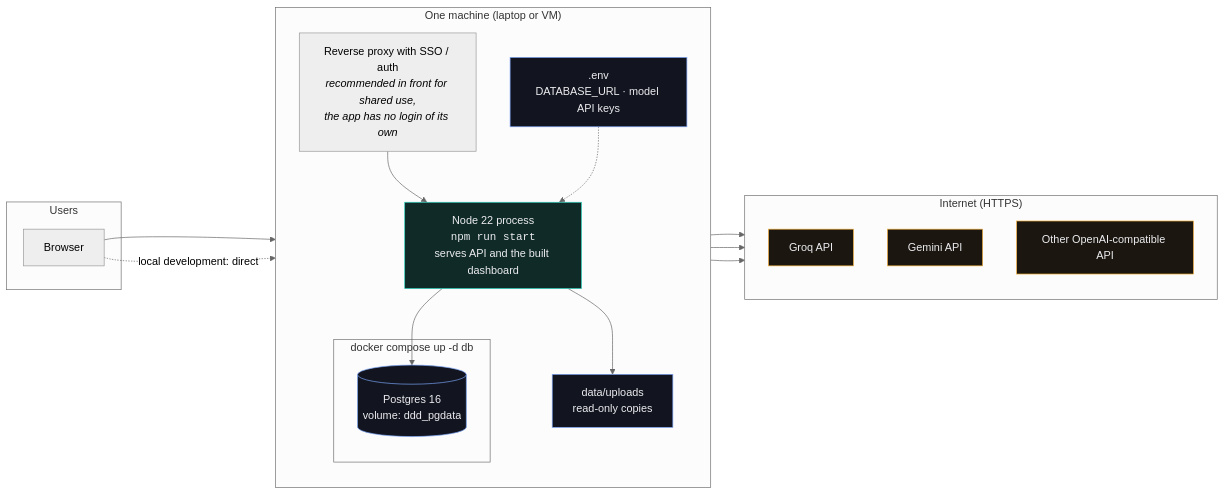
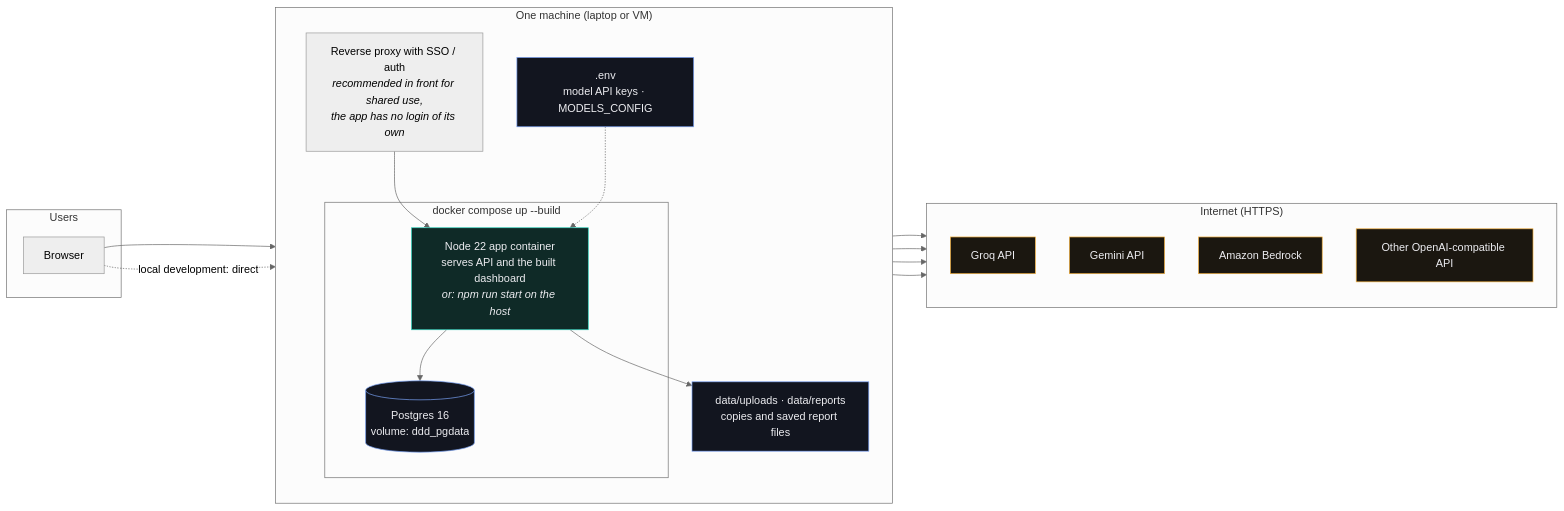
Before and after one commit to Ishaan488/ddd-evaluator: the diagram in docs/diagrams/08-deployment.mmd, drawn with Mermaid (neutral theme). The commit also changed 78 other files, not shown here.

```diff
--- a/docs/diagrams/08-deployment.mmd
+++ b/docs/diagrams/08-deployment.mmd
@@ -1,38 +1,40 @@
 flowchart LR
   subgraph USERS["Users"]
     B["Browser"]
   end
 
   subgraph HOST["One machine (laptop or VM)"]
     direction TB
     PX["Reverse proxy with SSO / auth<br/><i>recommended in front for shared use,<br/>the app has no login of its own</i>"]
-    NODE["Node 22 process<br/><code>npm run start</code><br/>serves API and the built dashboard"]
-    subgraph DOCKER["docker compose up -d db"]
+    subgraph DOCKER["docker compose up --build"]
+      NODE["Node 22 app container<br/>serves API and the built dashboard<br/><i>or: npm run start on the host</i>"]
       PGC[("Postgres 16<br/>volume: ddd_pgdata")]
     end
-    ENV[".env<br/>DATABASE_URL · model API keys"]
-    UPL["data/uploads<br/>read-only copies"]
+    ENV[".env<br/>model API keys · MODELS_CONFIG"]
+    UPL["data/uploads · data/reports<br/>copies and saved report files"]
   end
 
   subgraph NET["Internet (HTTPS)"]
     direction TB
     P1["Groq API"]
     P2["Gemini API"]
+    P4["Amazon Bedrock"]
     P3["Other OpenAI-compatible API"]
   end
 
   B --> PX --> NODE
   B -. "local development: direct" .-> NODE
   NODE --> PGC
   NODE --> UPL
   ENV -.-> NODE
   NODE --> P1
   NODE --> P2
+  NODE --> P4
   NODE --> P3
 
   classDef agent fill:#0f2a27,stroke:#2dd4bf,color:#ececf0
   classDef store fill:#12151f,stroke:#7aa2f7,color:#ececf0
   classDef ext fill:#1b1710,stroke:#f5b13d,color:#ececf0
   class NODE agent
   class PGC,UPL,ENV store
-  class P1,P2,P3 ext
+  class P1,P2,P3,P4 ext
```
